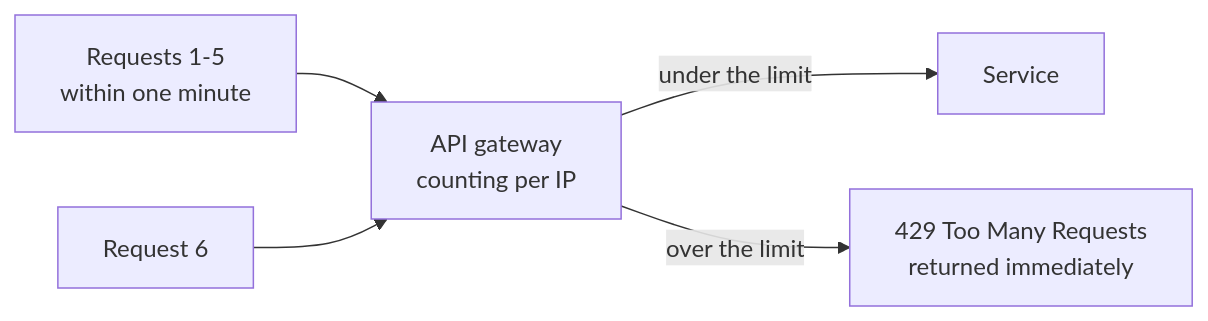
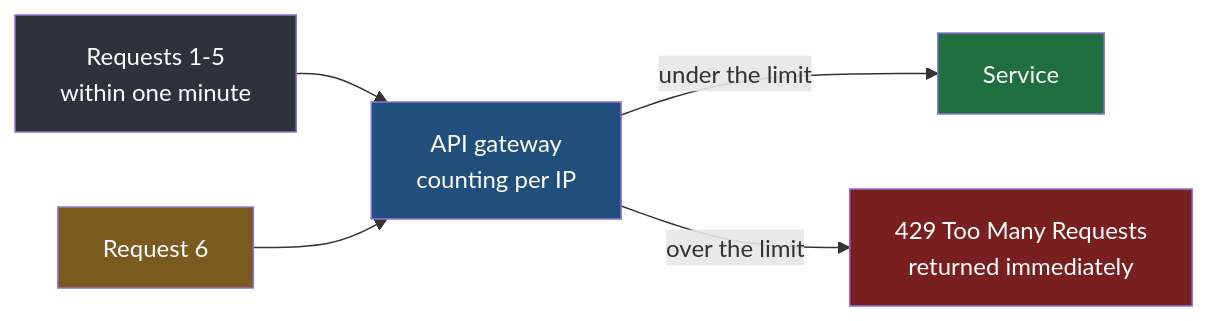
One commit to Dummy-Bug/system-design-handbook changed the fifth of 5 diagrams in Devops/04-Networking/07-API-Gateway.md. Above: the diagram before and after it, drawn with Mermaid. The commit also changed other lines of this file and 53 other files, not shown here.

````diff
--- a/Devops/04-Networking/07-API-Gateway.md
+++ b/Devops/04-Networking/07-API-Gateway.md
@@ -123,7 +150,12 @@
 ```mermaid
 flowchart LR
     R1["Requests 1-5<br/>within one minute"] --> G["API gateway<br/>counting per IP"]
     G -->|"under the limit"| SVC["Service"]
     R6["Request 6"] --> G
     G -->|"over the limit"| ERR["429 Too Many Requests<br/>returned immediately"]
+    style R1 fill:#2d333b,color:#fff
+    style R6 fill:#7a5a1f,color:#fff
+    style G fill:#1f4f7a,color:#fff
+    style SVC fill:#1f6f3f,color:#fff
+    style ERR fill:#7a1f1f,color:#fff
 ```
````
